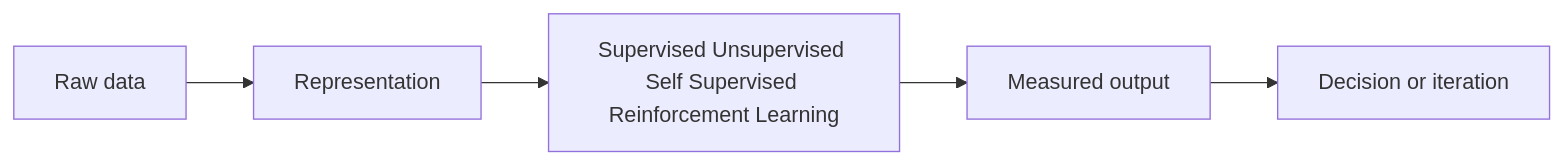
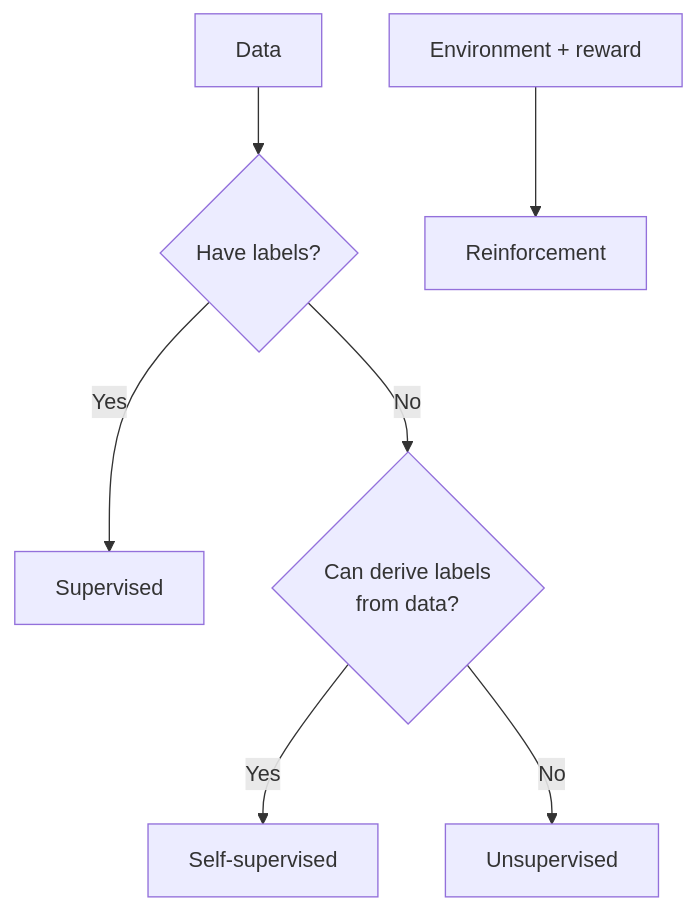
The diagram in fundamentals/03-supervised-unsupervised-self-supervised-reinforcement-learning.md (Icon1cc/Machine-Learning), drawn with Mermaid before and after one commit. The commit also changed other lines of this file and 264 other files, not shown here.

````diff
--- a/fundamentals/03-supervised-unsupervised-self-supervised-reinforcement-learning.md
+++ b/fundamentals/03-supervised-unsupervised-self-supervised-reinforcement-learning.md
@@ -92,7 +61,9 @@
 ```mermaid
-flowchart LR
-    A[Raw data] --> B[Representation]
-    B --> C[Supervised Unsupervised Self Supervised Reinforcement Learning]
-    C --> D[Measured output]
-    D --> E[Decision or iteration]
+flowchart TB
+    A[Data] --> B{Have labels?}
+    B -- Yes --> C[Supervised]
+    B -- No --> D{Can derive labels<br/>from data?}
+    D -- Yes --> E[Self-supervised]
+    D -- No --> F[Unsupervised]
+    G[Environment + reward] --> H[Reinforcement]
 ```
````
